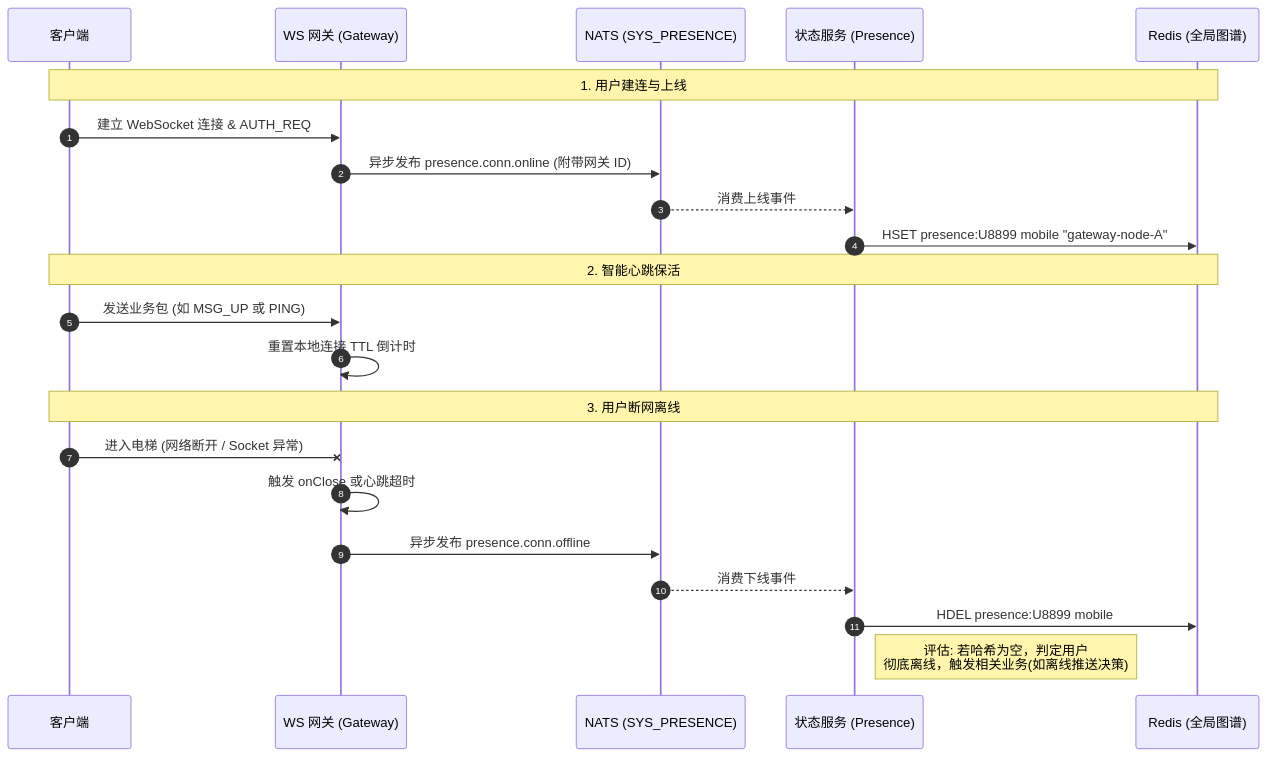
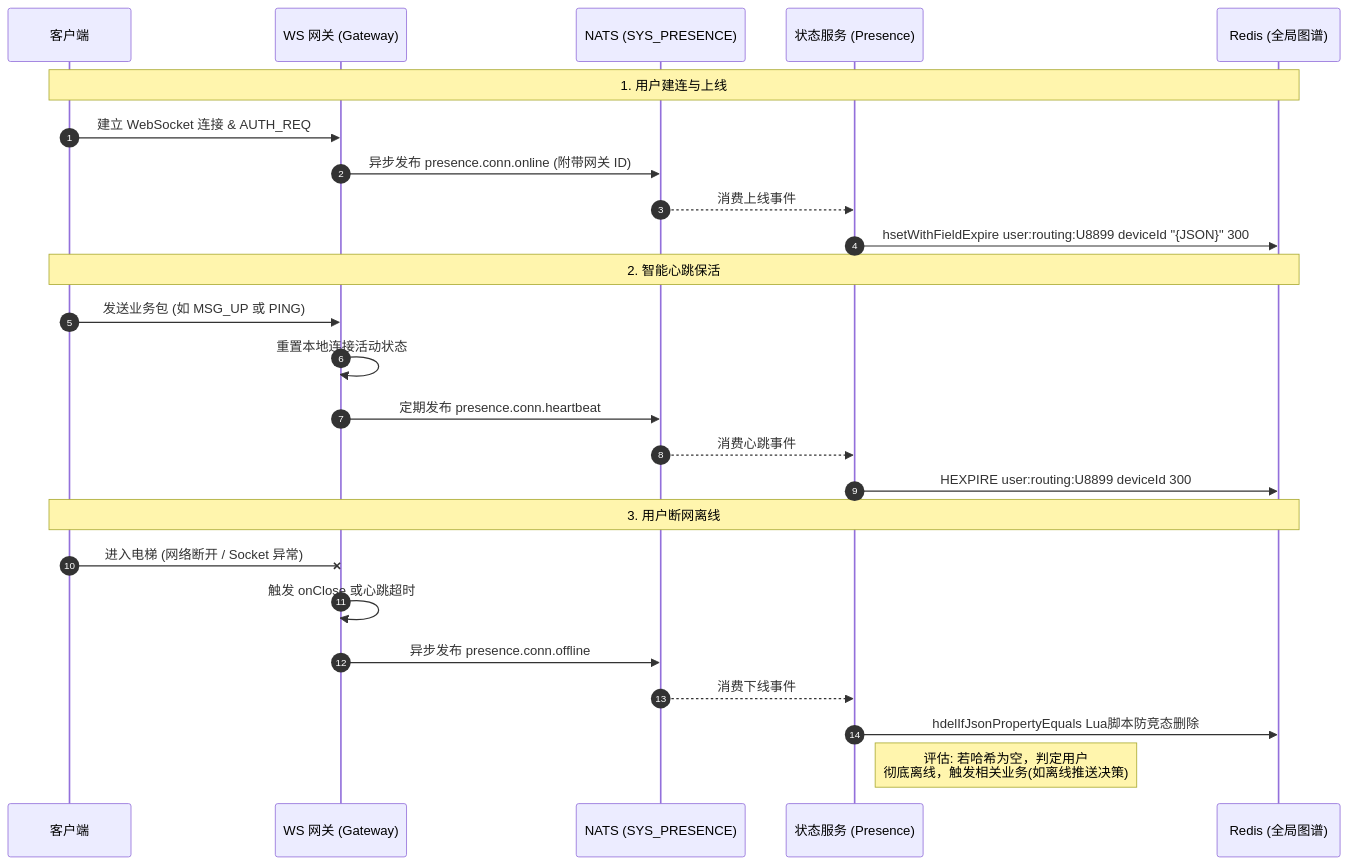
The diagram in i18n/zh-CN/docusaurus-plugin-content-docs/current/devdocs/Bussiness Logic/user-presence-management.md (JamesWilson19970101/ocean.chat.docs), drawn with Mermaid before and after one commit. The commit also changed other lines of this file and 72 other files, not shown here.

First line of the commit message:
ref(docs): reorganize devdocs and update architecture decision records

````diff
--- a/i18n/zh-CN/docusaurus-plugin-content-docs/current/devdocs/Bussiness Logic/user-presence-management.md
+++ b/i18n/zh-CN/docusaurus-plugin-content-docs/current/devdocs/Bussiness Logic/user-presence-management.md
@@ -101,29 +106,32 @@
 ```mermaid
 sequenceDiagram
     autonumber
     participant Client as 客户端
     participant WSG as WS 网关 (Gateway)
     participant NATS as NATS (SYS_PRESENCE)
     participant Presence as 状态服务 (Presence)
     participant Redis as Redis (全局图谱)
 
     note over Client, Redis: 1. 用户建连与上线
     Client->>WSG: 建立 WebSocket 连接 & AUTH_REQ
     WSG->>NATS: 异步发布 presence.conn.online (附带网关 ID)
     NATS-->>Presence: 消费上线事件
-    Presence->>Redis: HSET presence:U8899 mobile "gateway-node-A"
+    Presence->>Redis: hsetWithFieldExpire user:routing:U8899 deviceId "{JSON}" 300
 
     note over Client, Redis: 2. 智能心跳保活
     Client->>WSG: 发送业务包 (如 MSG_UP 或 PING)
-    WSG->>WSG: 重置本地连接 TTL 倒计时
+    WSG->>WSG: 重置本地连接活动状态
+    WSG->>NATS: 定期发布 presence.conn.heartbeat
+    NATS-->>Presence: 消费心跳事件
+    Presence->>Redis: HEXPIRE user:routing:U8899 deviceId 300
 
     note over Client, Redis: 3. 用户断网离线
     Client-xWSG: 进入电梯 (网络断开 / Socket 异常)
     WSG->>WSG: 触发 onClose 或心跳超时
     WSG->>NATS: 异步发布 presence.conn.offline
 
     NATS-->>Presence: 消费下线事件
-    Presence->>Redis: HDEL presence:U8899 mobile
+    Presence->>Redis: hdelIfJsonPropertyEquals Lua脚本防竞态删除
 
     note right of Presence: 评估: 若哈希为空，判定用户<br/>彻底离线，触发相关业务(如离线推送决策)
 ```
````
